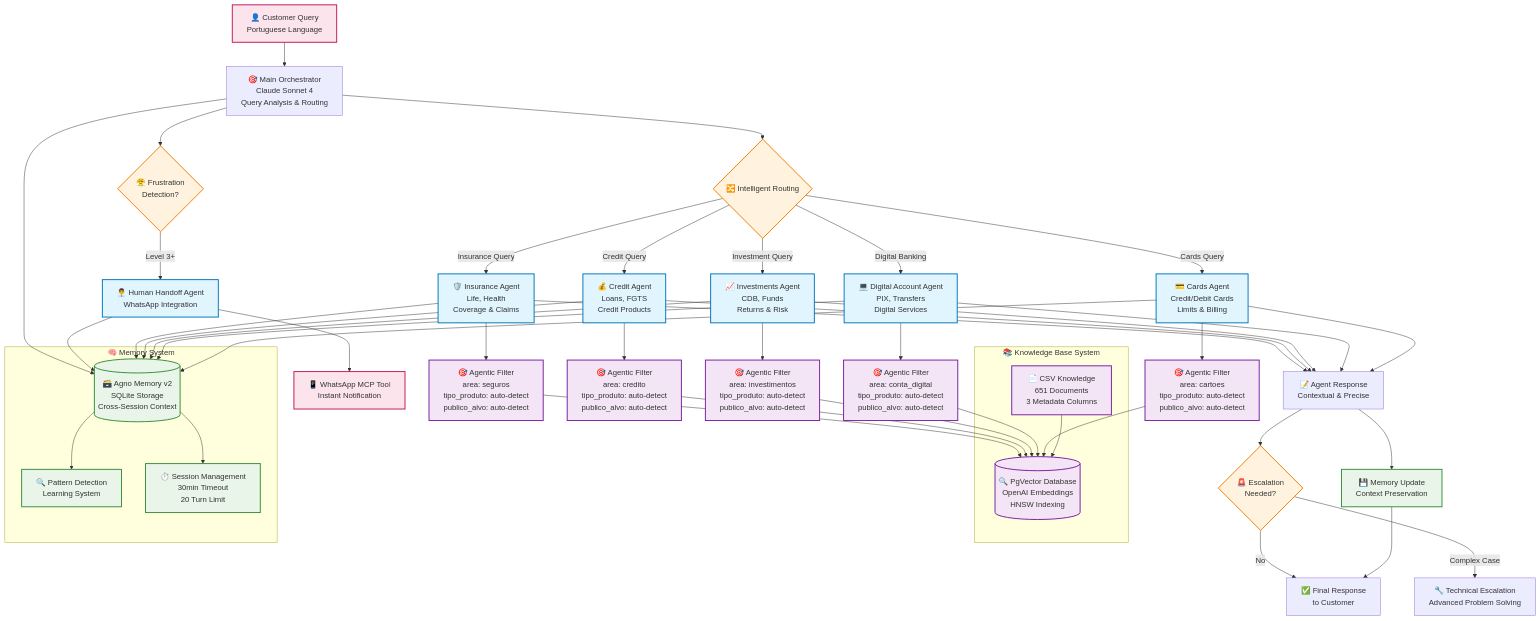
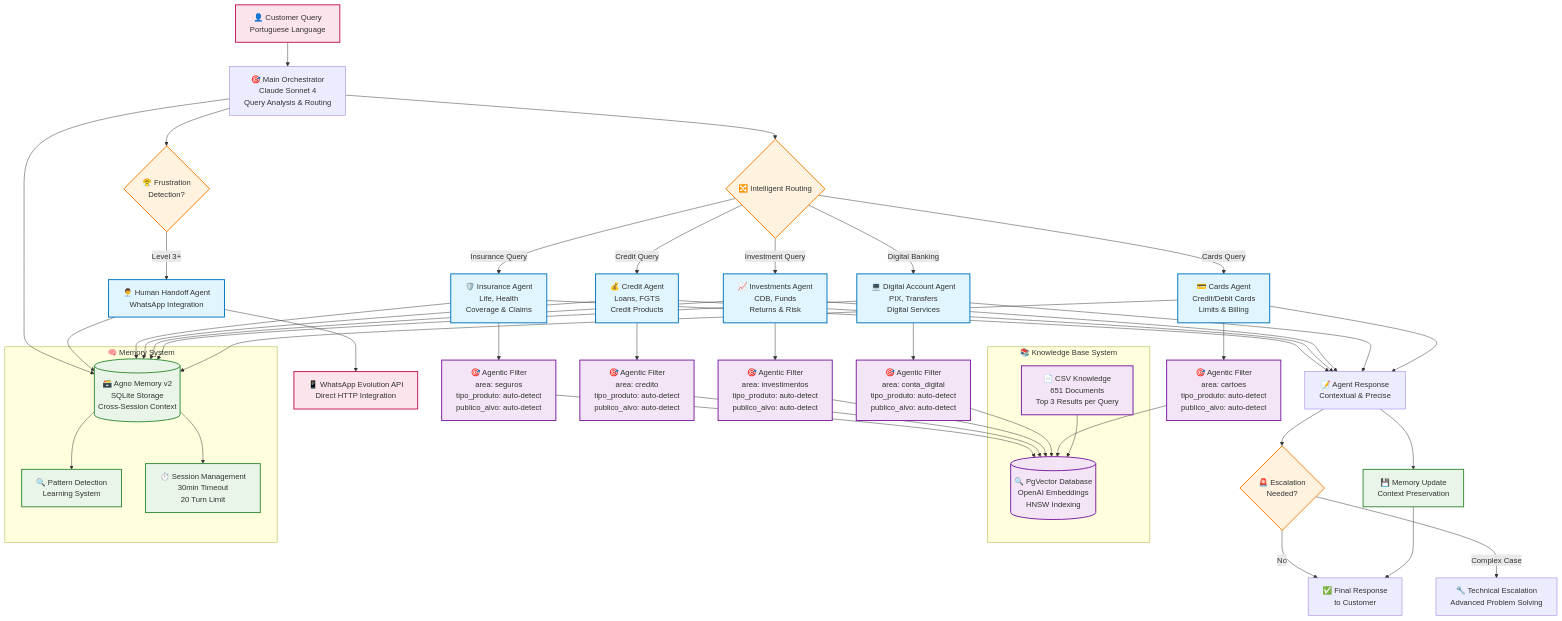
The diagram in README.md (namastexlabs/automagik-hive), drawn with Mermaid before and after one commit. The commit also changed other lines of this file, not shown here.

First line of the commit message:
docs: update README to reflect cleaned single-agent architecture

```diff
--- a/README.md
+++ b/README.md
@@ -20,7 +20,7 @@
     %% Human Handoff Detection
     Orchestrator --> HumanCheck{😤 Frustration<br/>Detection?}
     HumanCheck -->|Level 3+| HumanAgent[👨‍💼 Human Handoff Agent<br/>WhatsApp Integration]
-    HumanAgent --> WhatsApp[📱 WhatsApp MCP Tool<br/>Instant Notification]
+    HumanAgent --> WhatsApp[📱 WhatsApp Evolution API<br/>Direct HTTP Integration]
     
     %% Specialist Agents
     Routing -->|Cards Query| CardsAgent[💳 Cards Agent<br/>Credit/Debit Cards<br/>Limits & Billing]
@@ -31,7 +31,7 @@
     
     %% Knowledge Base System
     subgraph Knowledge["📚 Knowledge Base System"]
-        CSV[📄 CSV Knowledge<br/>651 Documents<br/>3 Metadata Columns]
+        CSV[📄 CSV Knowledge<br/>651 Documents<br/>Top 3 Results per Query]
         PgVector[(🔍 PgVector Database<br/>OpenAI Embeddings<br/>HNSW Indexing)]
         CSV --> PgVector
     end
```
